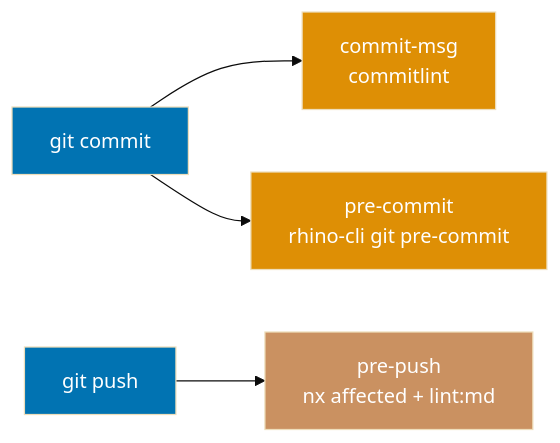
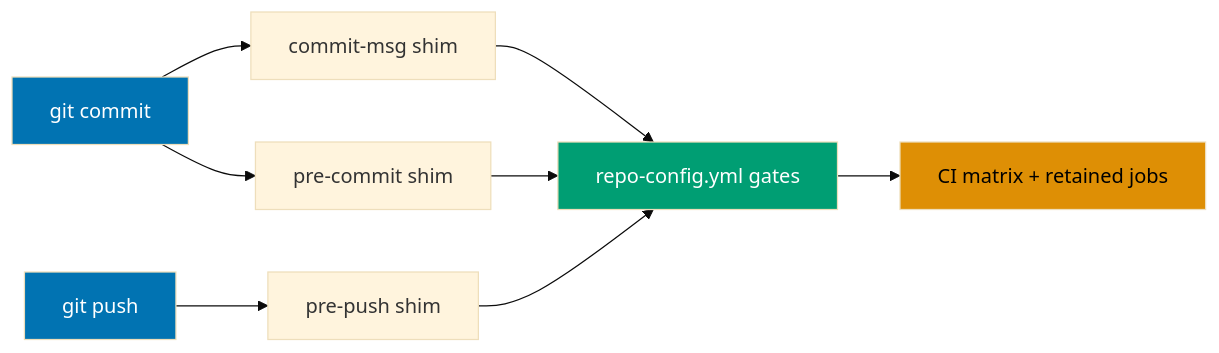
One commit to wahidyankf/ose-primer changed the diagram in repo-governance/development/workflow/git-hook-lifecycle.md. Above: the diagram before and after it, drawn with Mermaid (base theme). The commit also changed other lines of this file and 108 other files, not shown here.

First line of the commit message:
feat(rhino-cli): propagate gate registry enforcement (Phase 3) (#20)

````diff
--- a/repo-governance/development/workflow/git-hook-lifecycle.md
+++ b/repo-governance/development/workflow/git-hook-lifecycle.md
@@ -33,12 +47,16 @@
 ```mermaid
+%% Color palette: Blue #0173B2, Orange #DE8F05, Teal #029E73
 flowchart LR
-    A["git commit"] --> B["commit-msg\ncommitlint"]
-    A --> C["pre-commit\nrhino-cli git pre-commit"]
-    D["git push"] --> E["pre-push\nnx affected + lint:md"]
+    Commit["git commit"] --> Message["commit-msg shim"]
+    Commit --> PreCommit["pre-commit shim"]
+    Push["git push"] --> PrePush["pre-push shim"]
+    Message --> Registry["repo-config.yml gates"]
+    PreCommit --> Registry
+    PrePush --> Registry
+    Registry --> CI["CI matrix + retained jobs"]
 
-    style A fill:#0173B2,color:#fff
-    style B fill:#DE8F05,color:#fff
-    style C fill:#DE8F05,color:#fff
-    style D fill:#0173B2,color:#fff
-    style E fill:#CA9161,color:#fff
+    style Commit fill:#0173B2,color:#FFFFFF
+    style Push fill:#0173B2,color:#FFFFFF
+    style Registry fill:#009E73,color:#FFFFFF
+    style CI fill:#DE8F05,color:#000000
 ```
````
